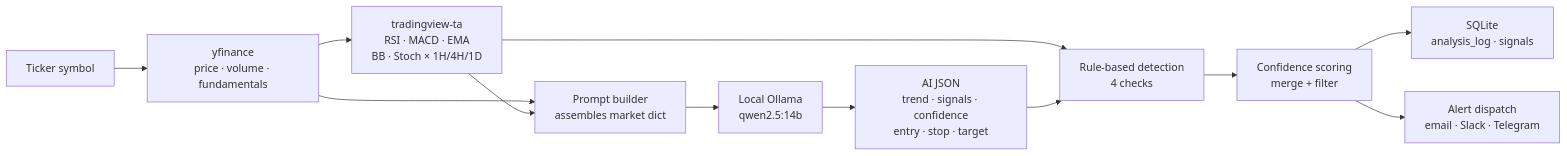
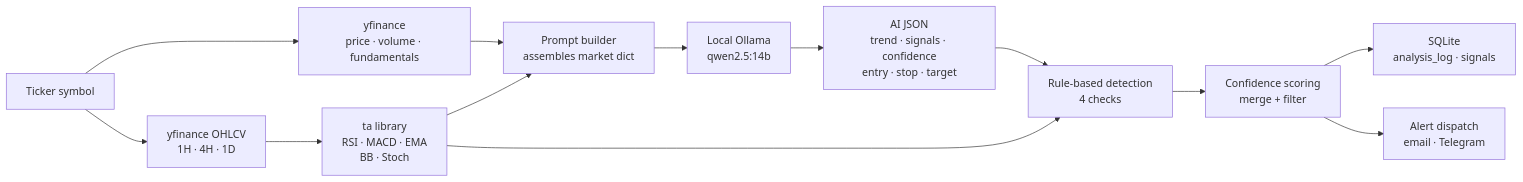
One commit to AlexandrosPlessias/offgrid-trader changed the diagram in docs/wiki/architecture.md. Above: the diagram before and after it, drawn with Mermaid. The commit also changed other lines of this file and 16 other files, not shown here.

````diff
--- a/docs/wiki/architecture.md
+++ b/docs/wiki/architecture.md
@@ -11,12 +11,13 @@
 ```mermaid
 flowchart LR
     A[Ticker symbol] --> B[yfinance\nprice · volume · fundamentals]
-    B --> C[tradingview-ta\nRSI · MACD · EMA\nBB · Stoch × 1H/4H/1D]
-    B & C --> D[Prompt builder\nassembles market dict]
-    D --> E[Local Ollama\nqwen2.5:14b]
-    E --> F[AI JSON\ntrend · signals · confidence\nentry · stop · target]
-    C & F --> G[Rule-based detection\n4 checks]
-    G --> H[Confidence scoring\nmerge + filter]
-    H --> I[SQLite\nanalysis_log · signals]
-    H --> J[Alert dispatch\nemail · Slack · Telegram]
+    A --> C[yfinance OHLCV\n1H · 4H · 1D]
+    C --> D[ta library\nRSI · MACD · EMA\nBB · Stoch]
+    B & D --> E[Prompt builder\nassembles market dict]
+    E --> F[Local Ollama\nqwen2.5:14b]
+    F --> G[AI JSON\ntrend · signals · confidence\nentry · stop · target]
+    D & G --> H[Rule-based detection\n4 checks]
+    H --> I[Confidence scoring\nmerge + filter]
+    I --> J[SQLite\nanalysis_log · signals]
+    I --> K[Alert dispatch\nemail · Telegram]
 ```
````
